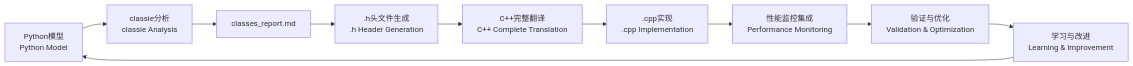
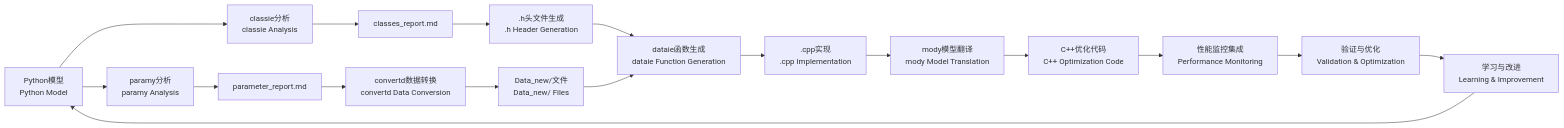
The diagram in README.md (marsguo2049/Py2Cpp4OR), drawn with Mermaid before and after one commit. The commit also changed other lines of this file, not shown here.

````diff
--- a/README.md
+++ b/README.md
@@ -125,12 +130,19 @@
 ```mermaid
 graph LR
-    A[Python模型<br/>Python Model] --> B[classie分析<br/>classie Analysis]
-    B --> C[classes_report.md]
-    C --> D[.h头文件生成<br/>.h Header Generation]
-    D --> E[C++完整翻译<br/>C++ Complete Translation]
-    E --> F[.cpp实现<br/>.cpp Implementation]
-    F --> G[性能监控集成<br/>Performance Monitoring]
-    G --> H[验证与优化<br/>Validation & Optimization]
-    H --> I[学习与改进<br/>Learning & Improvement]
-    I --> A
+    A[Python模型<br/>Python Model] --> B[paramy分析<br/>paramy Analysis]
+    A --> C[classie分析<br/>classie Analysis]
+    B --> D[parameter_report.md]
+    C --> E[classes_report.md]
+    E --> F[.h头文件生成<br/>.h Header Generation]
+    D --> G[convertd数据转换<br/>convertd Data Conversion]
+    G --> H[Data_new/文件<br/>Data_new/ Files]
+    F --> I[dataie函数生成<br/>dataie Function Generation]
+    H --> I
+    I --> J[.cpp实现<br/>.cpp Implementation]
+    J --> K[mody模型翻译<br/>mody Model Translation]
+    K --> L[C++优化代码<br/>C++ Optimization Code]
+    L --> M[性能监控集成<br/>Performance Monitoring]
+    M --> N[验证与优化<br/>Validation & Optimization]
+    N --> O[学习与改进<br/>Learning & Improvement]
+    O --> A
 ```
````
